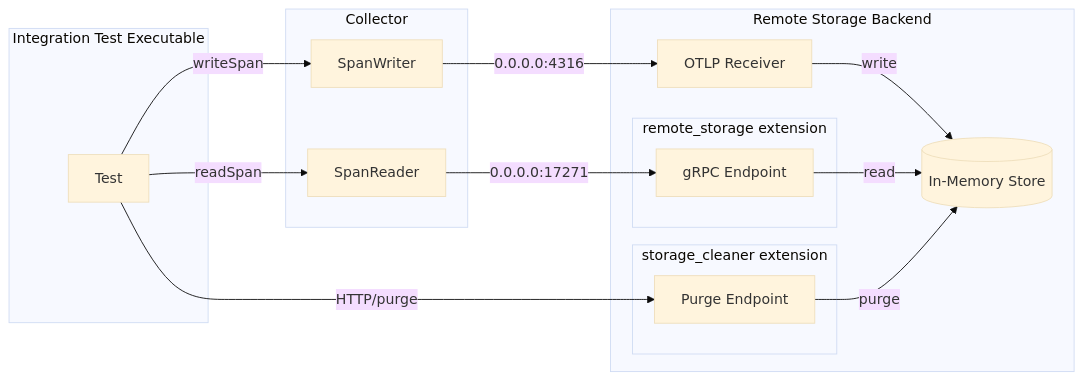
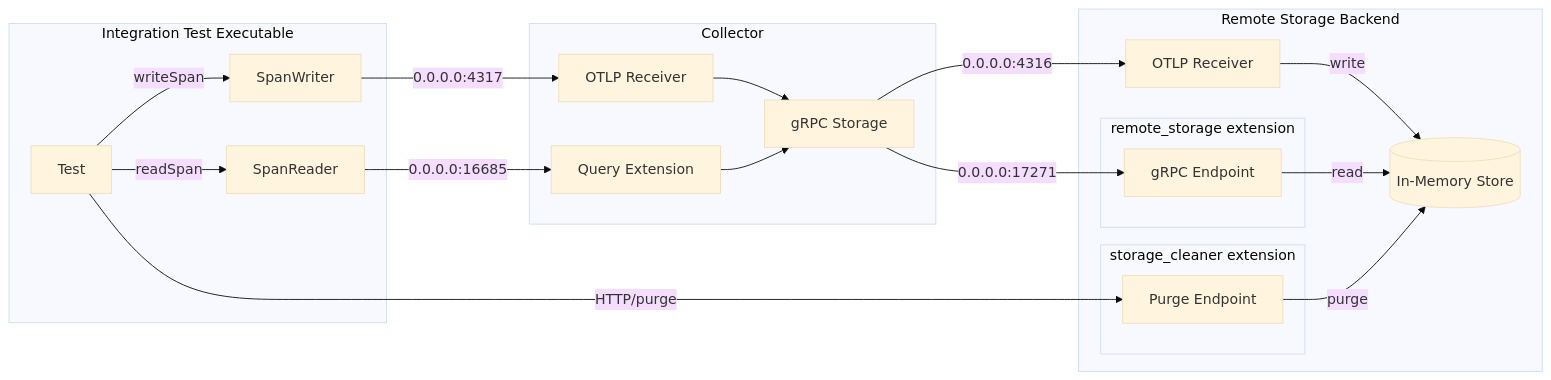
One commit to jaegertracing/jaeger changed the fourth of 4 diagrams in cmd/jaeger/internal/integration/README.md. Above: the diagram before and after it, drawn with Mermaid (base theme).

Commit message:
Address Feedback

````diff
--- a/cmd/jaeger/internal/integration/README.md
+++ b/cmd/jaeger/internal/integration/README.md
@@ -114,29 +114,36 @@
 ``` mermaid
 flowchart LR
 
 Test --> |writeSpan| SpanWriter
 Test --> |HTTP/purge| PurgeEndpoint
-SpanWriter --> |0.0.0.0:4316| OTLP_Receiver
+SpanWriter --> |0.0.0.0:4317| OTLP_Receiver1
+OTLP_Receiver1 --> GRPCStorage
+GRPCStorage --> |0.0.0.0:4316| OTLP_Receiver
 OTLP_Receiver --> |write| Storage
 Test --> |readSpan| SpanReader
-SpanReader --> |0.0.0.0:17271| RemoteStorageAPI
+SpanReader --> |0.0.0.0:16685| QueryExtension
+QueryExtension --> GRPCStorage
+GRPCStorage --> |0.0.0.0:17271| RemoteStorageAPI
 RemoteStorageAPI --> |read| Storage
 PurgeEndpoint --> |purge| Storage
 subgraph Integration Test Executable
     Test
+    SpanWriter
+    SpanReader
 end
 subgraph Collector
-    SpanWriter
-    SpanReader
+    OTLP_Receiver1[OTLP Receiver]
+    QueryExtension[Query Extension]
+    GRPCStorage[gRPC Storage]
 end
 subgraph Remote Storage Backend
     OTLP_Receiver[OTLP Receiver]
     Storage[(In-Memory Store)]
     subgraph remote_storage extension
         RemoteStorageAPI[gRPC Endpoint]
     end
     subgraph storage_cleaner extension
         PurgeEndpoint[Purge Endpoint]
     end
 end
 ```
````
